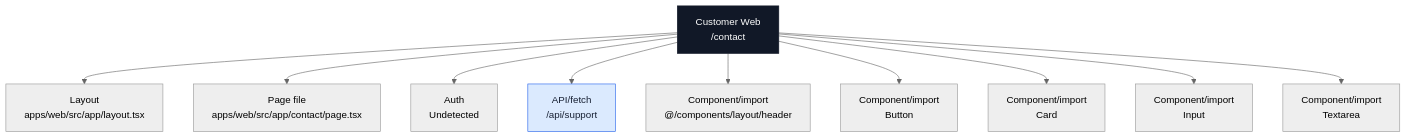
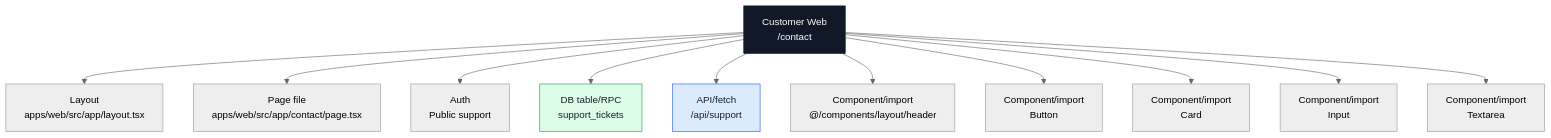
Diagram 16 of 23 in docs/architecture/codebase-map/pages/web-pages.md (Ritenoob/ridendine-marketplace), drawn with Mermaid (neutral theme) before and after one commit. The commit also changed other lines of this file and 34 other files, not shown here.

````diff
--- a/docs/architecture/codebase-map/pages/web-pages.md
+++ b/docs/architecture/codebase-map/pages/web-pages.md
@@ -1220,28 +1236,31 @@
 ```mermaid
 flowchart TB
   Page["Customer Web<br/>/contact"]
   Layout["Layout<br/>apps/web/src/app/layout.tsx"]
   File["Page file<br/>apps/web/src/app/contact/page.tsx"]
-  Auth["Auth<br/>Undetected"]
+  Auth["Auth<br/>Public support"]
   Page --> Layout
   Page --> File
   Page --> Auth
+  Table0["DB table/RPC<br/>support_tickets"]
+  Page --> Table0
   Api0["API/fetch<br/>/api/support"]
   Page --> Api0
   Component0["Component/import<br/>@/components/layout/header"]
   Page --> Component0
   Component1["Component/import<br/>Button"]
   Page --> Component1
   Component2["Component/import<br/>Card"]
   Page --> Component2
   Component3["Component/import<br/>Input"]
   Page --> Component3
   Component4["Component/import<br/>Textarea"]
   Page --> Component4
   classDef page fill:#111827,stroke:#111827,color:#ffffff
   classDef data fill:#dcfce7,stroke:#16a34a,color:#172033
   classDef api fill:#dbeafe,stroke:#2563eb,color:#172033
   classDef warn fill:#fef3c7,stroke:#f59e0b,color:#172033
   class Page page
+  class Table0 data
   class Api0 api
 ```
````
